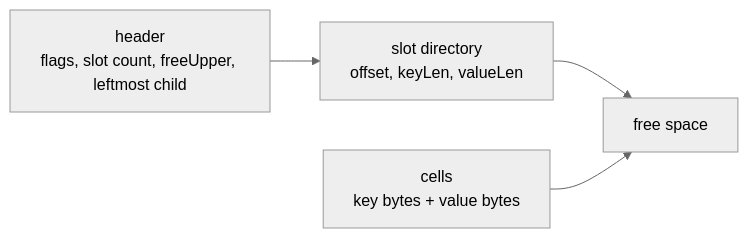
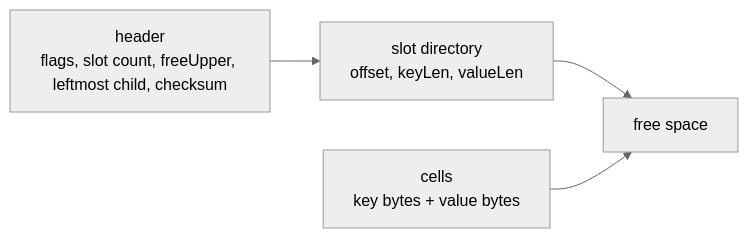
The second of 4 diagrams in docs/06-page-backed-cow.md (hadamrd/cow-btree-course), drawn with Mermaid (neutral theme) before and after one commit. The commit also changed other lines of this file and 5 other files, not shown here.

````diff
--- a/docs/06-page-backed-cow.md
+++ b/docs/06-page-backed-cow.md
@@ -29,6 +29,6 @@
 ```mermaid
 flowchart LR
-    H["header<br/>flags, slot count, freeUpper, leftmost child"] --> S["slot directory<br/>offset, keyLen, valueLen"]
+    H["header<br/>flags, slot count, freeUpper, leftmost child, checksum"] --> S["slot directory<br/>offset, keyLen, valueLen"]
     S --> F["free space"]
     C["cells<br/>key bytes + value bytes"] --> F
 ```
````
